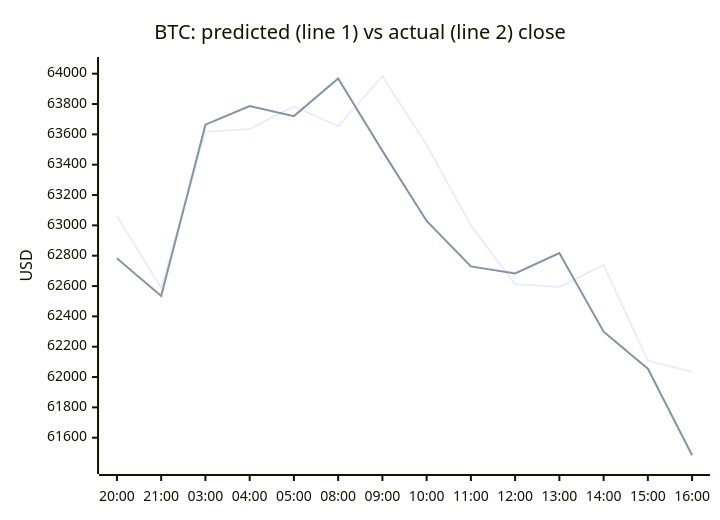
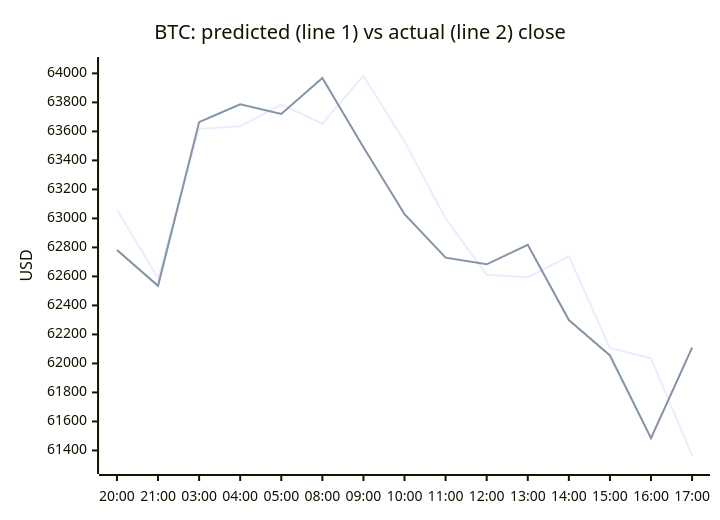
Before and after one commit to samuelkreitl-wq/crypto-hourly-forecaster: the first of 4 diagrams in README.md, drawn with Mermaid. The commit also changed other lines of this file and 14 other files, not shown here.

````diff
--- a/README.md
+++ b/README.md
@@ -38,8 +38,8 @@
 ```mermaid
 xychart-beta
     title "BTC: predicted (line 1) vs actual (line 2) close"
-    x-axis ["20:00", "21:00", "03:00", "04:00", "05:00", "08:00", "09:00", "10:00", "11:00", "12:00", "13:00", "14:00", "15:00", "16:00"]
-    y-axis "USD" 61423.4151 --> 64047.4023
-    line [63060.3716, 62587.6439, 63617.4254, 63635.2318, 63784.5035, 63653.0941, 63983.4189, 63531.0235, 63000.0108, 62611.7840, 62594.5179, 62738.9417, 62107.3691, 62034.4887]
-    line [62782.7000, 62534.9000, 63664.0000, 63786.4000, 63720.2000, 63968.3000, 63491.0000, 63028.9000, 62729.5000, 62683.5000, 62817.6000, 62298.8000, 62055.0000, 61484.9000]
+    x-axis ["20:00", "21:00", "03:00", "04:00", "05:00", "08:00", "09:00", "10:00", "11:00", "12:00", "13:00", "14:00", "15:00", "16:00", "17:00"]
+    y-axis "USD" 61303.1351 --> 64047.4023
+    line [63060.3716, 62587.6439, 63617.4254, 63635.2318, 63784.5035, 63653.0941, 63983.4189, 63531.0235, 63000.0108, 62611.7840, 62594.5179, 62738.9417, 62107.3691, 62034.4887, 61364.4996]
+    line [62782.7000, 62534.9000, 63664.0000, 63786.4000, 63720.2000, 63968.3000, 63491.0000, 63028.9000, 62729.5000, 62683.5000, 62817.6000, 62298.8000, 62055.0000, 61484.9000, 62108.5000]
 ```
````
